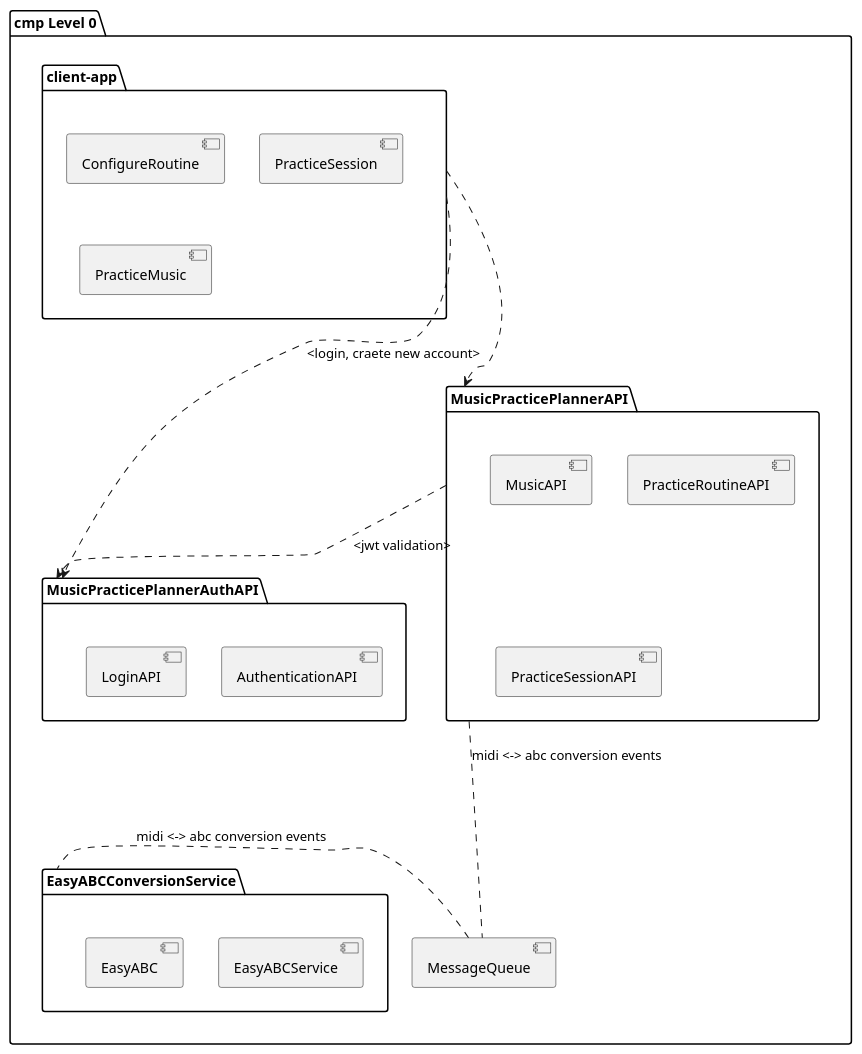
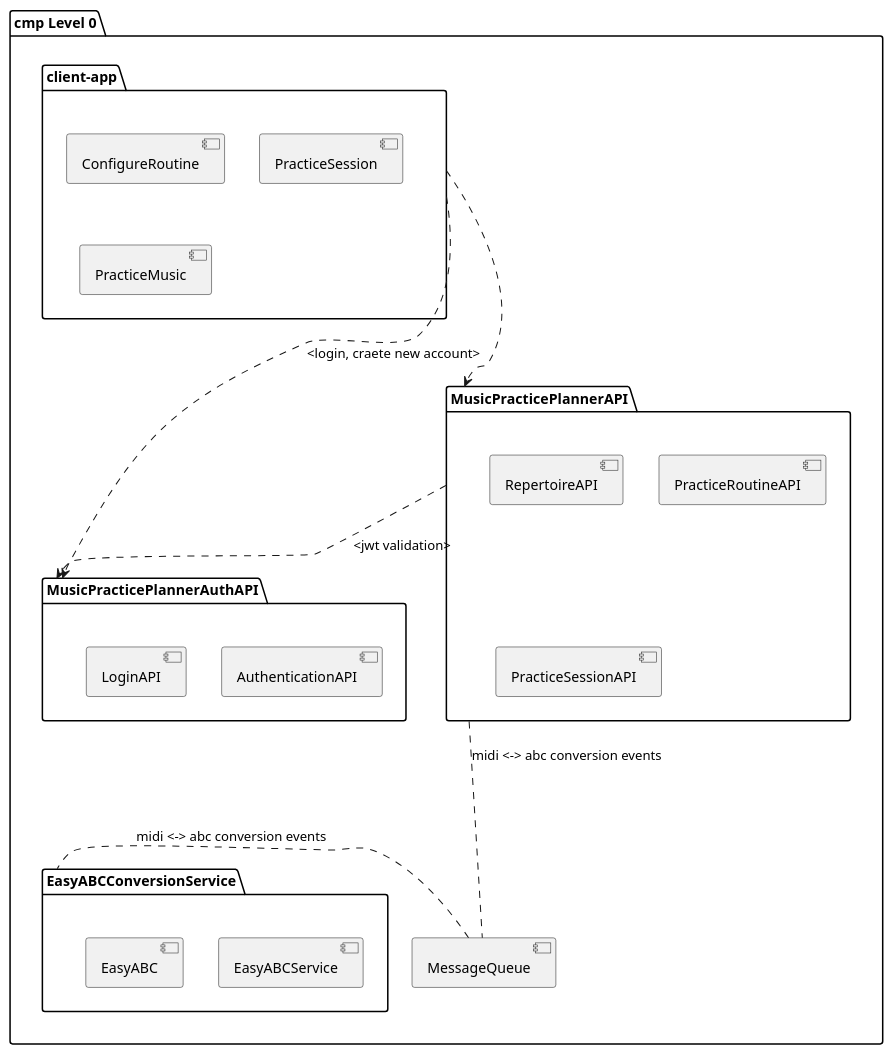
Before and after one commit to lelis718/MusicPracticePlanner: the third of 4 diagrams in docs/architecture.md, drawn with PlantUML. The commit also changed other lines of this file, not shown here.

Commit message:
Updated Architecture Document

````diff
--- a/docs/architecture.md
+++ b/docs/architecture.md
@@ -232,32 +362,32 @@
 ```plantuml
 @startuml Level 0
 
 package "cmp Level 0" {
     package "client-app" {
         [ConfigureRoutine]
         [PracticeSession]
         [PracticeMusic]
     }
     package MusicPracticePlannerAPI{
-        [MusicAPI]
+        [RepertoireAPI]
         [PracticeRoutineAPI]
         [PracticeSessionAPI]
     }
     package EasyABCConversionService {
         [EasyABCService]
         [EasyABC]
     }
     package MusicPracticePlannerAuthAPI{
         [AuthenticationAPI]
         [LoginAPI]
     }    
     [MessageQueue]
 
     MessageQueue -u... MusicPracticePlannerAPI : midi <-> abc conversion events
     MessageQueue -r... EasyABCConversionService : midi <-> abc conversion events
     "client-app" -d..> MusicPracticePlannerAPI 
     "client-app" -r..> MusicPracticePlannerAuthAPI : <login, craete new account>
     MusicPracticePlannerAPI ..> MusicPracticePlannerAuthAPI : <jwt validation>
 }
 @enduml
 ```
````
